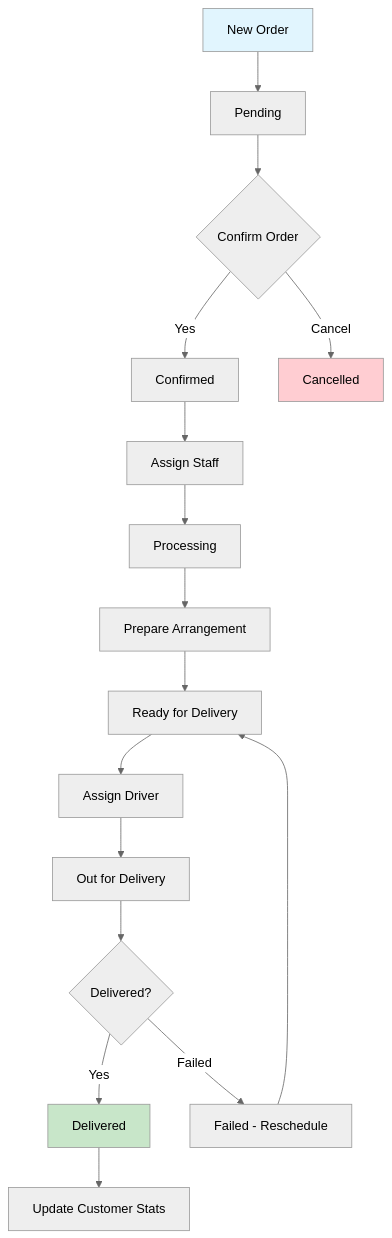
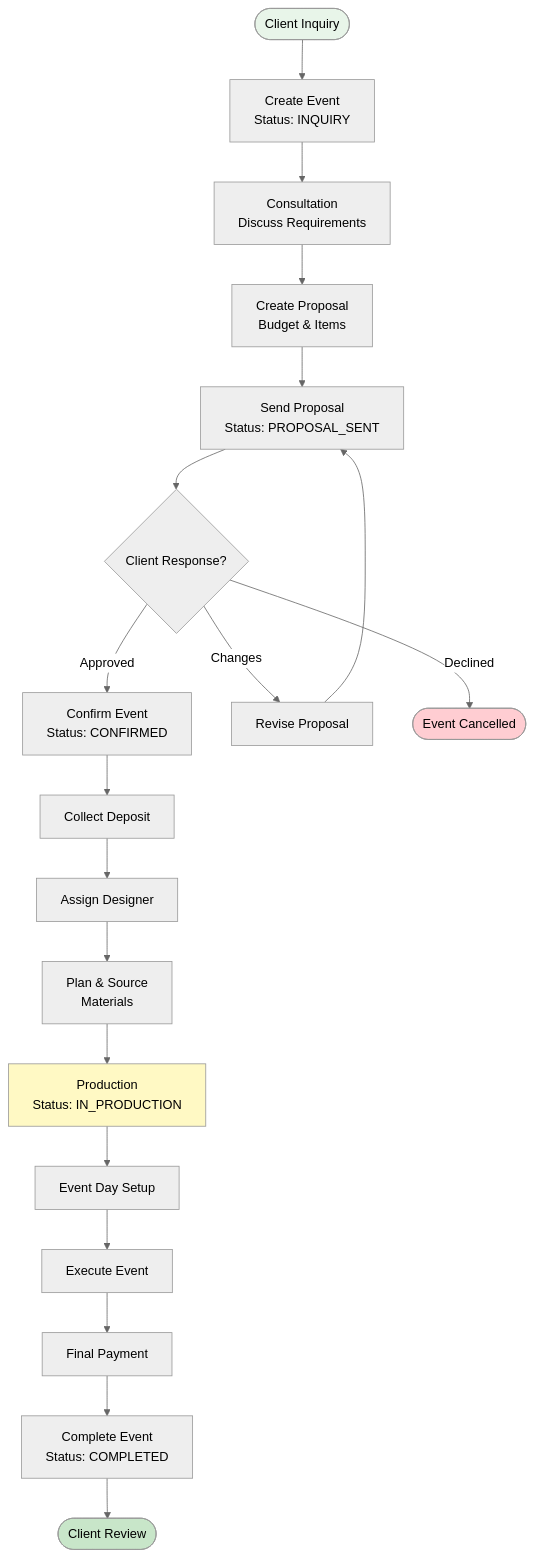
The fifth of 9 diagrams in README.md (justflowerdelhi/floraprise), drawn with Mermaid (neutral theme) before and after one commit. The commit also changed other lines of this file and 66 other files, not shown here.

````diff
--- a/README.md
+++ b/README.md
@@ -424,22 +294,41 @@
 ```mermaid
 flowchart TD
-    A[New Order] --> B[Pending]
-    B --> C{Confirm Order}
-    C -->|Yes| D[Confirmed]
-    C -->|Cancel| X[Cancelled]
-    D --> E[Assign Staff]
-    E --> F[Processing]
-    F --> G[Prepare Arrangement]
-    G --> H[Ready for Delivery]
-    H --> I[Assign Driver]
-    I --> J[Out for Delivery]
-    J --> K{Delivered?}
-    K -->|Yes| L[Delivered]
-    K -->|Failed| M[Failed - Reschedule]
-    M --> H
-    L --> N[Update Customer Stats]
-    
-    style A fill:#e1f5fe
-    style L fill:#c8e6c9
-    style X fill:#ffcdd2
+    START([Client Inquiry]) --> INQUIRY[Create Event<br/>Status: INQUIRY]
+
+    INQUIRY --> CONSULT[Consultation<br/>Discuss Requirements]
+
+    CONSULT --> PROPOSAL[Create Proposal<br/>Budget & Items]
+
+    PROPOSAL --> SEND[Send Proposal<br/>Status: PROPOSAL_SENT]
+
+    SEND --> RESPONSE{Client Response?}
+
+    RESPONSE -->|Approved| CONFIRM[Confirm Event<br/>Status: CONFIRMED]
+    RESPONSE -->|Changes| REVISE[Revise Proposal]
+    RESPONSE -->|Declined| CANCEL([Event Cancelled])
+
+    REVISE --> SEND
+
+    CONFIRM --> DEPOSIT[Collect Deposit]
+
+    DEPOSIT --> ASSIGN[Assign Designer]
+
+    ASSIGN --> PLAN[Plan & Source<br/>Materials]
+
+    PLAN --> PRODUCE[Production<br/>Status: IN_PRODUCTION]
+
+    PRODUCE --> SETUP[Event Day Setup]
+
+    SETUP --> EXECUTE[Execute Event]
+
+    EXECUTE --> FINAL[Final Payment]
+
+    FINAL --> COMPLETE[Complete Event<br/>Status: COMPLETED]
+
+    COMPLETE --> REVIEW([Client Review])
+
+    style START fill:#e8f5e9
+    style REVIEW fill:#c8e6c9
+    style CANCEL fill:#ffcdd2
+    style PRODUCE fill:#fff9c4
 ```
````
